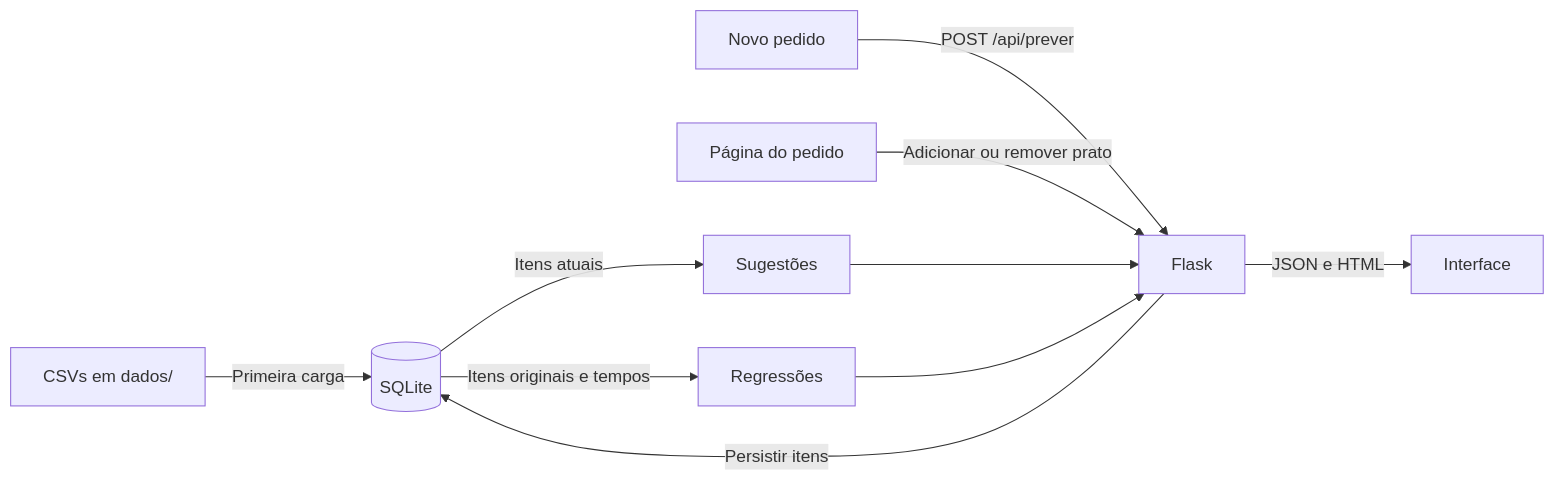
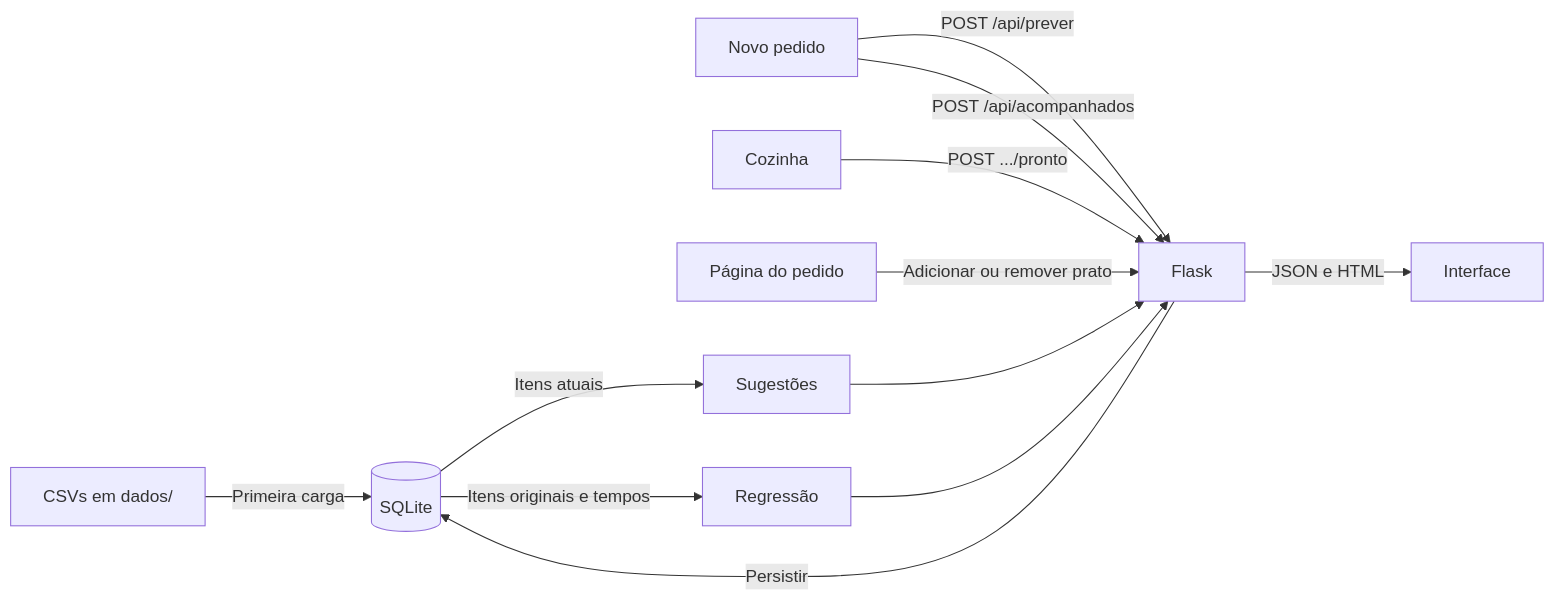
Before and after one commit to hudsonadev/Restaurante: the diagram in docs/implementacao.md, drawn with Mermaid. The commit also changed other lines of this file and 56 other files, not shown here.

````diff
--- a/docs/implementacao.md
+++ b/docs/implementacao.md
@@ -20,12 +20,14 @@
 ```mermaid
 flowchart LR
     CSV[CSVs em dados/] -->|Primeira carga| DB[(SQLite)]
     NP[Novo pedido] -->|POST /api/prever| API[Flask]
+    NP -->|POST /api/acompanhados| API
+    COZ[Cozinha] -->|POST .../pronto| API
     PED[Página do pedido] -->|Adicionar ou remover prato| API
-    API -->|Persistir itens| DB
+    API -->|Persistir| DB
     DB -->|Itens atuais| REC[Sugestões]
-    DB -->|Itens originais e tempos| REG[Regressões]
+    DB -->|Itens originais e tempos| REG[Regressão]
     REC --> API
     REG --> API
     API -->|JSON e HTML| UI[Interface]
 ```
````
